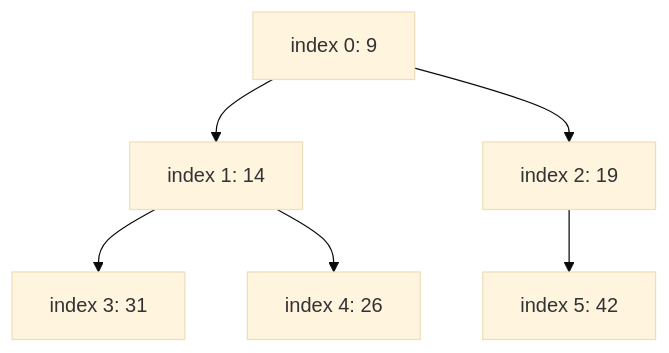
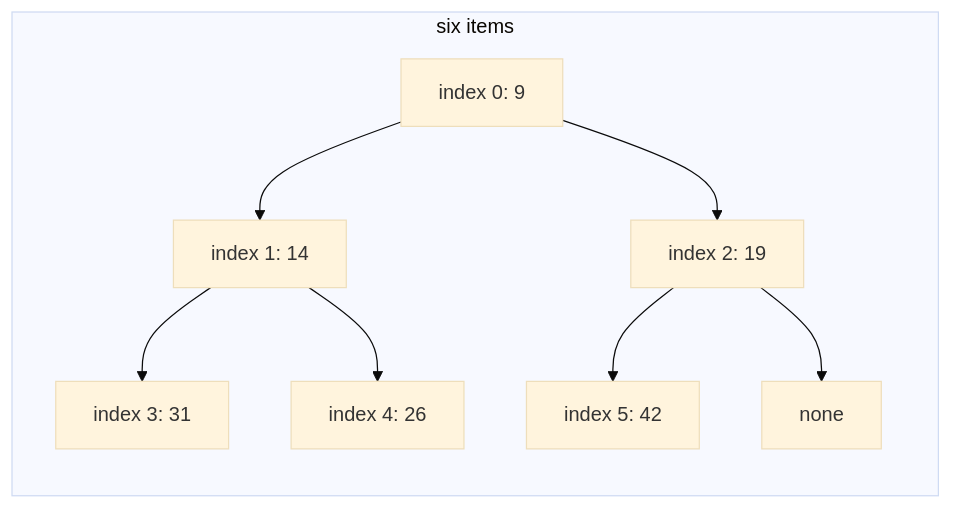
Before and after one commit to bkuberek/coding-study: the first of 2 diagrams in guides/heaps/guide.md, drawn with Mermaid (base theme). The commit also changed other lines of this file and 27 other files, not shown here.

````diff
--- a/guides/heaps/guide.md
+++ b/guides/heaps/guide.md
@@ -32,10 +32,14 @@
 ```mermaid
-flowchart TD
+flowchart LR
   accTitle: The min-heap after six pushes
-  accDescr: The root, index 0, holds 9. Its children are index 1 holding 14 and index 2 holding 19. Index 1's children are index 3 holding 31 and index 4 holding 26. Index 2's only child is index 5 holding 42. Every parent is smaller than its children.
-  h0["index 0: 9"] --> h1["index 1: 14"]
-  h0 --> h2["index 2: 19"]
-  h1 --> h3["index 3: 31"]
-  h1 --> h4["index 4: 26"]
-  h2 --> h5["index 5: 42"]
+  accDescr: The root, index 0, holds 9. Its children are index 1 holding 14 and index 2 holding 19. Index 1's children are index 3 holding 31 and index 4 holding 26. Index 2's only child is index 5 holding 42, on the left; a box marked none stands for the free place on its right. Every parent is smaller than its children.
+  subgraph heap["six items"]
+    direction TB
+    h0["index 0: 9"] --> h1["index 1: 14"]
+    h0 --> h2["index 2: 19"]
+    h1 --> h3["index 3: 31"]
+    h1 --> h4["index 4: 26"]
+    h2 --> h5["index 5: 42"]
+    h2 --> n2["none"]
+  end
 ```
````
